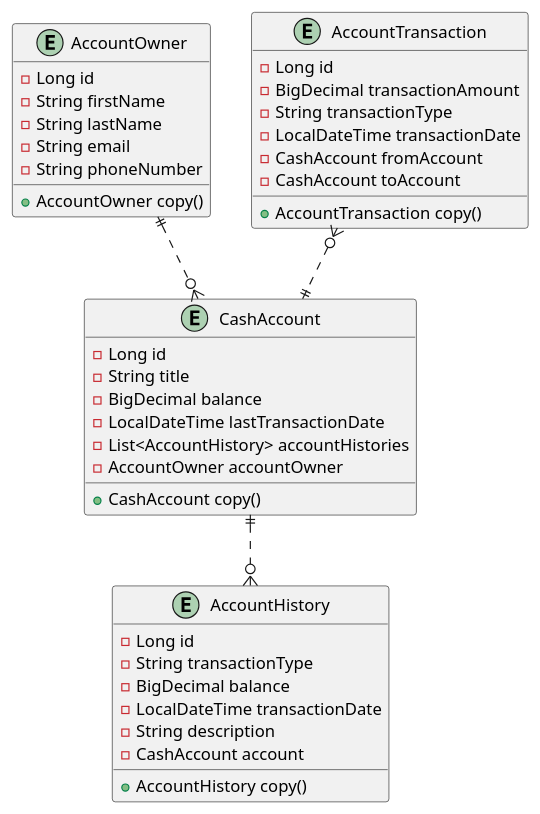
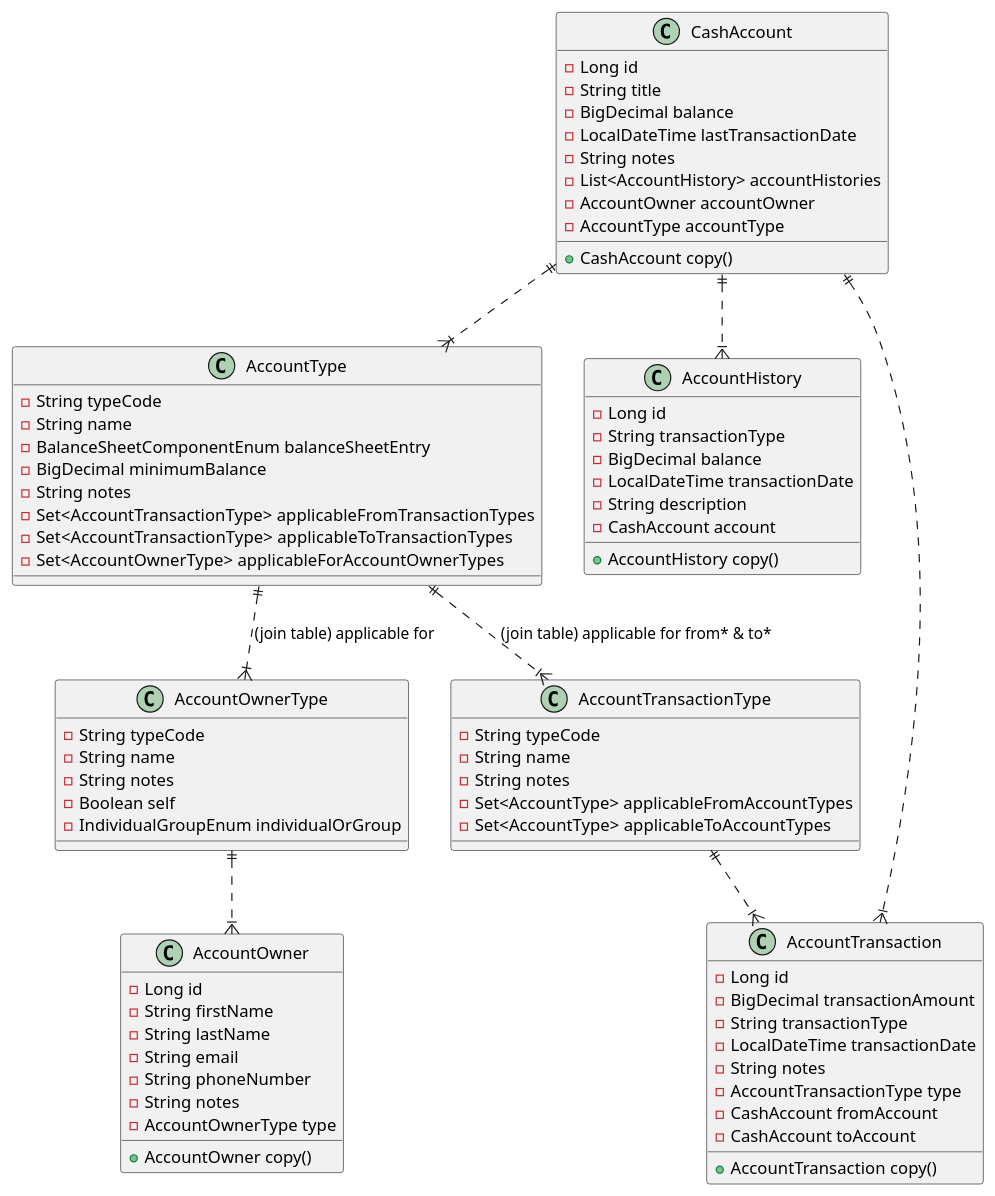
One commit to donniexyz/med-spring-boot-demo changed the diagram in docs/plantuml/ERD.puml. Above: the diagram before and after it, drawn with PlantUML.

Commit message:
Add Types Entities: Update ERD.puml

```diff
--- a/docs/plantuml/ERD.puml
+++ b/docs/plantuml/ERD.puml
@@ -1,48 +1,87 @@
 @startuml
-entity AccountHistory {
+class AccountType {
+- String typeCode
+- String name
+- BalanceSheetComponentEnum balanceSheetEntry
+- BigDecimal minimumBalance
+- String notes
+- Set<AccountTransactionType> applicableFromTransactionTypes
+- Set<AccountTransactionType> applicableToTransactionTypes
+- Set<AccountOwnerType> applicableForAccountOwnerTypes
+}
+
+class AccountHistory {
 - Long id
 - String transactionType
 - BigDecimal balance
 - LocalDateTime transactionDate
 - String description
 - CashAccount account
 + AccountHistory copy()
 }
 
 
-entity CashAccount {
+class AccountTransactionType {
+- String typeCode
+- String name
+- String notes
+- Set<AccountType> applicableFromAccountTypes
+- Set<AccountType> applicableToAccountTypes
+}
+
+class CashAccount {
 - Long id
 - String title
 - BigDecimal balance
 - LocalDateTime lastTransactionDate
+- String notes
 - List<AccountHistory> accountHistories
 - AccountOwner accountOwner
+- AccountType accountType
 + CashAccount copy()
 }
 
 
-entity AccountOwner {
+class AccountOwner {
 - Long id
 - String firstName
 - String lastName
 - String email
 - String phoneNumber
+- String notes
+- AccountOwnerType type
 + AccountOwner copy()
 }
 
 
-entity AccountTransaction {
+class AccountOwnerType {
+- String typeCode
+- String name
+- String notes
+- Boolean self
+- IndividualGroupEnum individualOrGroup
+}
+
+class AccountTransaction {
 - Long id
 - BigDecimal transactionAmount
 - String transactionType
 - LocalDateTime transactionDate
+- String notes
+- AccountTransactionType type
 - CashAccount fromAccount
 - CashAccount toAccount
 + AccountTransaction copy()
 }
 
-AccountOwner ||..o{ CashAccount
-AccountTransaction }o..|| CashAccount
-CashAccount ||..o{ AccountHistory
+AccountType ||..|{ AccountTransactionType :(join table) applicable for from* & to*
+AccountType ||..|{ AccountOwnerType :(join table) applicable for
+
+AccountOwnerType ||..|{ AccountOwner
+AccountTransactionType ||..|{ AccountTransaction
+
+CashAccount ||..|{ AccountType
+CashAccount ||..|{ AccountHistory
+CashAccount ||..|{ AccountTransaction
 
 @enduml
```
